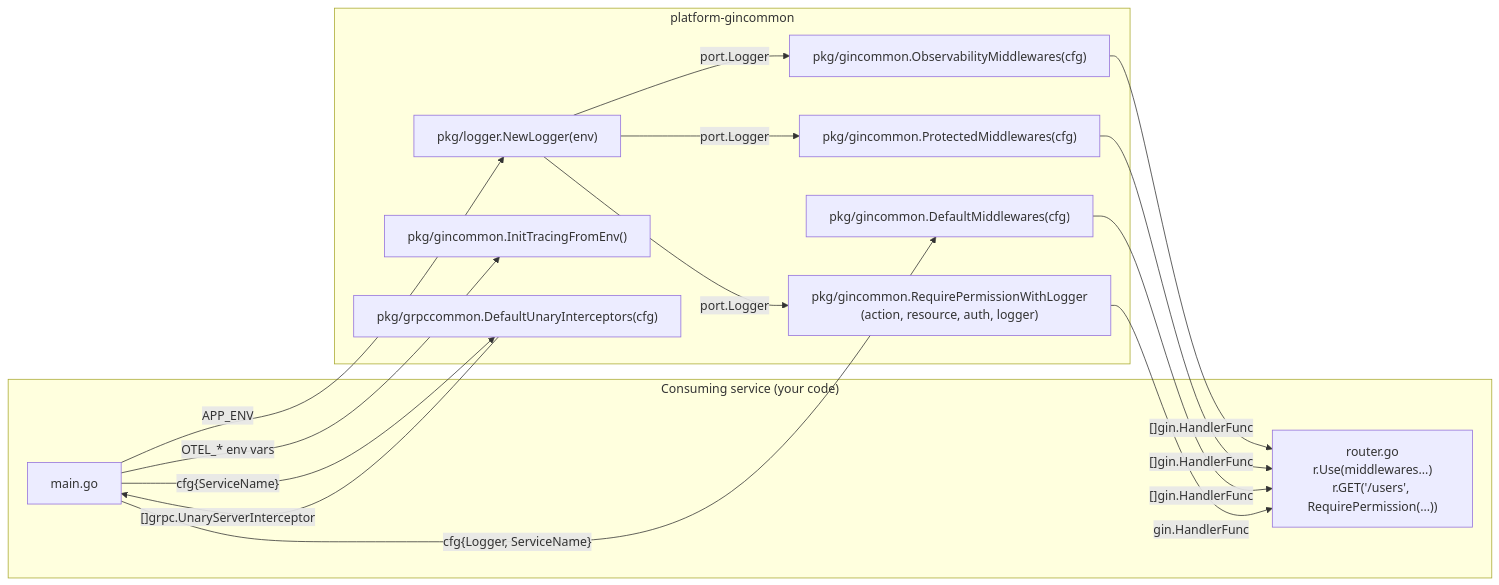
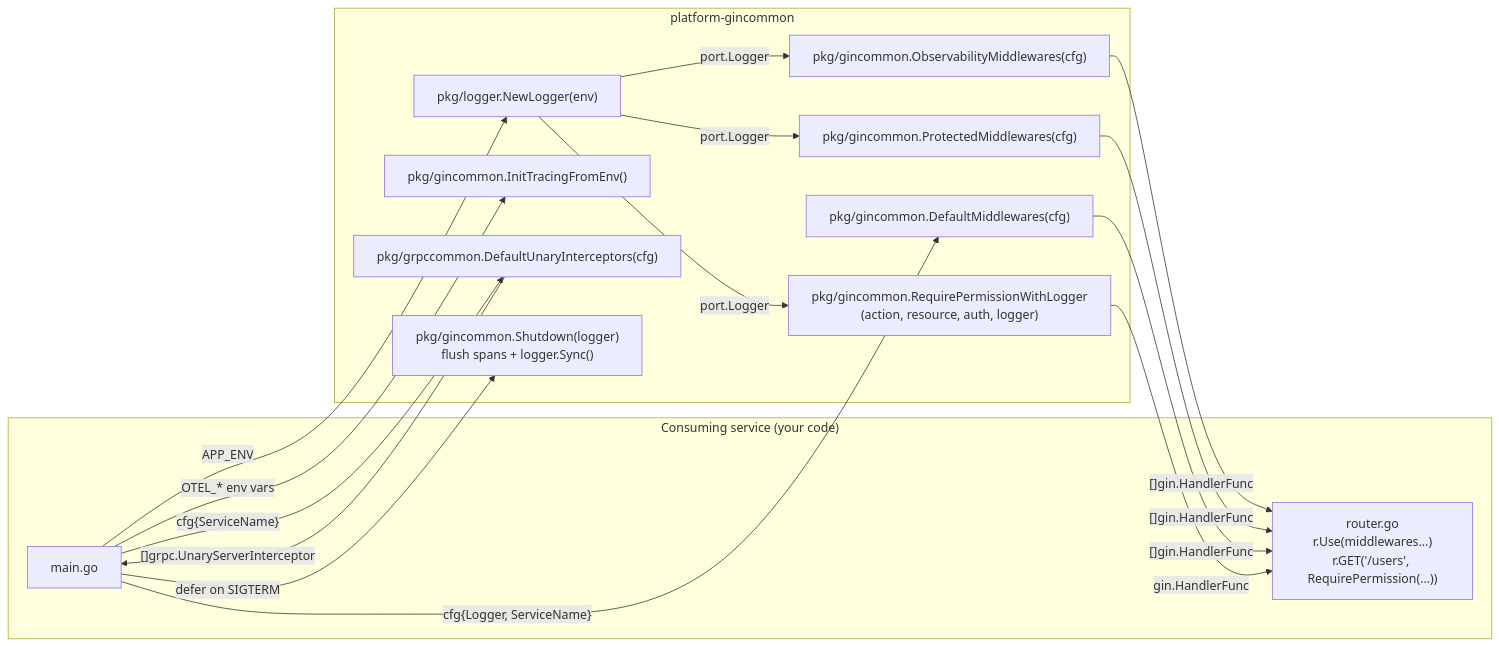
Before and after one commit to BCBP-SOLUTIONS-FZC-LLC/platform-gincommon: the diagram in docs/architecture/mermaid/consuming-service-wiring.mmd, drawn with Mermaid. The commit also changed 46 other files, not shown here.

```diff
--- a/docs/architecture/mermaid/consuming-service-wiring.mmd
+++ b/docs/architecture/mermaid/consuming-service-wiring.mmd
@@ -1,28 +1,30 @@
 graph LR
     subgraph service["Consuming service (your code)"]
         main["main.go"]
         routes["router.go\nr.Use(middlewares...)\nr.GET('/users', RequirePermission(...))"]
     end
 
     subgraph lib["platform-gincommon"]
         logger_new["pkg/logger.NewLogger(env)"]
         init_tr["pkg/gincommon.InitTracingFromEnv()"]
         obs_mw["pkg/gincommon.ObservabilityMiddlewares(cfg)"]
         prot_mw["pkg/gincommon.ProtectedMiddlewares(cfg)"]
         def_mw["pkg/gincommon.DefaultMiddlewares(cfg)"]
         rp["pkg/gincommon.RequirePermissionWithLogger\n(action, resource, auth, logger)"]
         grpc_mw["pkg/grpccommon.DefaultUnaryInterceptors(cfg)"]
+        shutdown["pkg/gincommon.Shutdown(logger)\nflush spans + logger.Sync()"]
     end
 
     main -->|"APP_ENV"| logger_new
     main -->|"OTEL_* env vars"| init_tr
     logger_new -->|"port.Logger"| obs_mw
     logger_new -->|"port.Logger"| prot_mw
     obs_mw -->|"[]gin.HandlerFunc"| routes
     prot_mw -->|"[]gin.HandlerFunc"| routes
     main -->|"cfg{Logger, ServiceName}"| def_mw
     def_mw -->|"[]gin.HandlerFunc"| routes
     logger_new -->|"port.Logger"| rp
     rp -->|"gin.HandlerFunc"| routes
     main -->|"cfg{ServiceName}"| grpc_mw
     grpc_mw -->|"[]grpc.UnaryServerInterceptor"| main
+    main -->|"defer on SIGTERM"| shutdown
```
